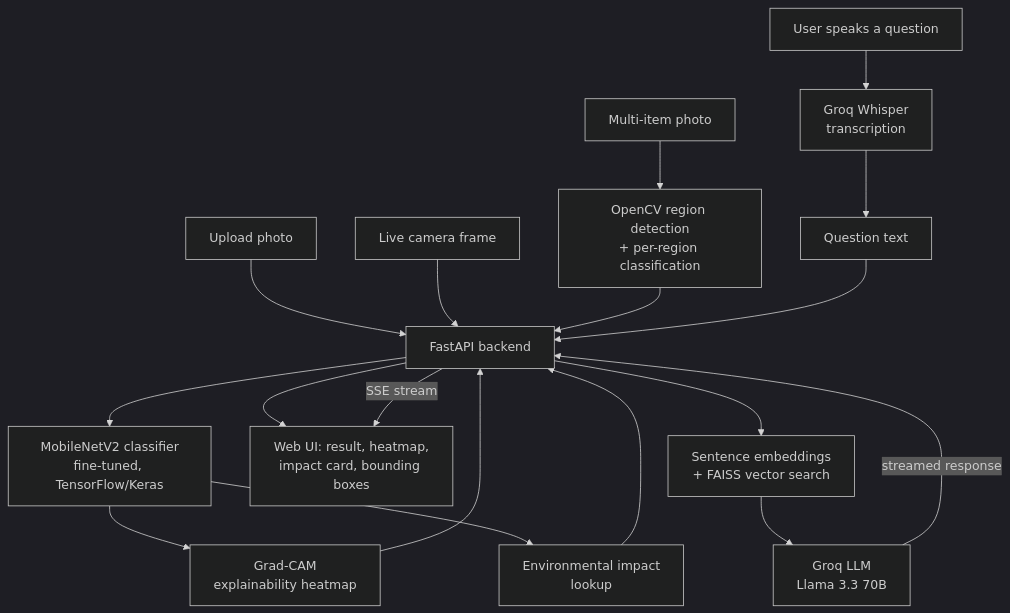
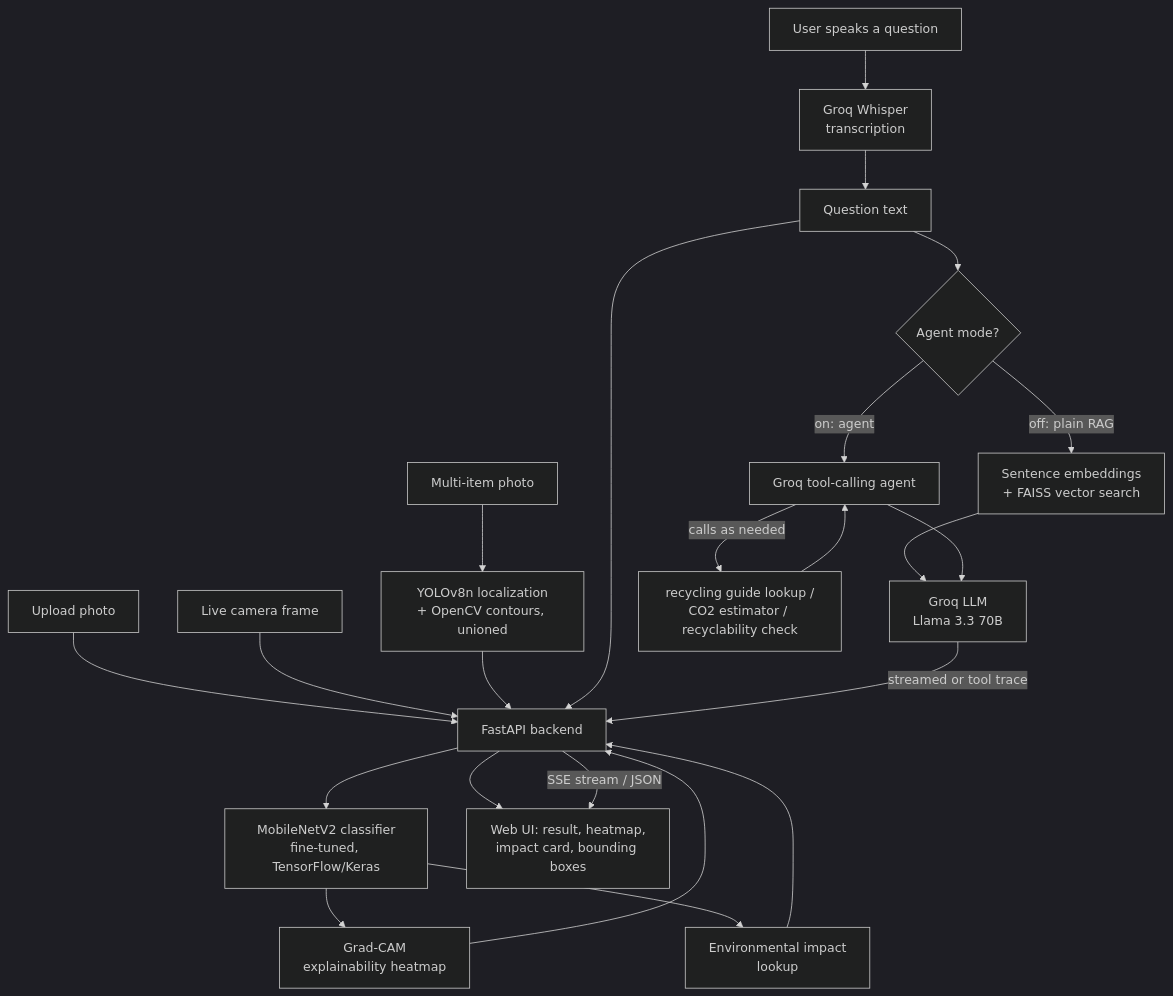
Before and after one commit to muhammadmoeed1/waste-classifier: the diagram in README.md, drawn with Mermaid (dark theme). The commit also changed other lines of this file and 23 other files, not shown here.

````diff
--- a/README.md
+++ b/README.md
@@ -44,22 +49,28 @@
 ```mermaid
 flowchart TD
     U[Upload photo] --> API[FastAPI backend]
     C[Live camera frame] --> API
-    M[Multi-item photo] --> DET[OpenCV region detection<br/>+ per-region classification]
+    M[Multi-item photo] --> DET[YOLOv8n localization<br/>+ OpenCV contours, unioned]
     DET --> API
 
     API --> CV[MobileNetV2 classifier<br/>fine-tuned, TensorFlow/Keras]
     CV --> XAI[Grad-CAM<br/>explainability heatmap]
     CV --> IMP[Environmental impact<br/>lookup]
     XAI --> API
     IMP --> API
     API --> UI[Web UI: result, heatmap,<br/>impact card, bounding boxes]
 
     V[User speaks a question] --> WSP[Groq Whisper<br/>transcription]
     WSP --> Q[Question text]
     Q --> API
-    API --> RAG[Sentence embeddings<br/>+ FAISS vector search]
+
+    Q --> RAGPATH{Agent mode?}
+    RAGPATH -->|off: plain RAG| RAG[Sentence embeddings<br/>+ FAISS vector search]
     RAG --> LLM[Groq LLM<br/>Llama 3.3 70B]
-    LLM -->|streamed response| API
-    API -->|SSE stream| UI
+    RAGPATH -->|on: agent| AGENT[Groq tool-calling agent]
+    AGENT -->|calls as needed| TOOLS[recycling guide lookup /<br/>CO2 estimator / recyclability check]
+    TOOLS --> AGENT
+    AGENT --> LLM
+    LLM -->|streamed or tool trace| API
+    API -->|SSE stream / JSON| UI
 ```
````
